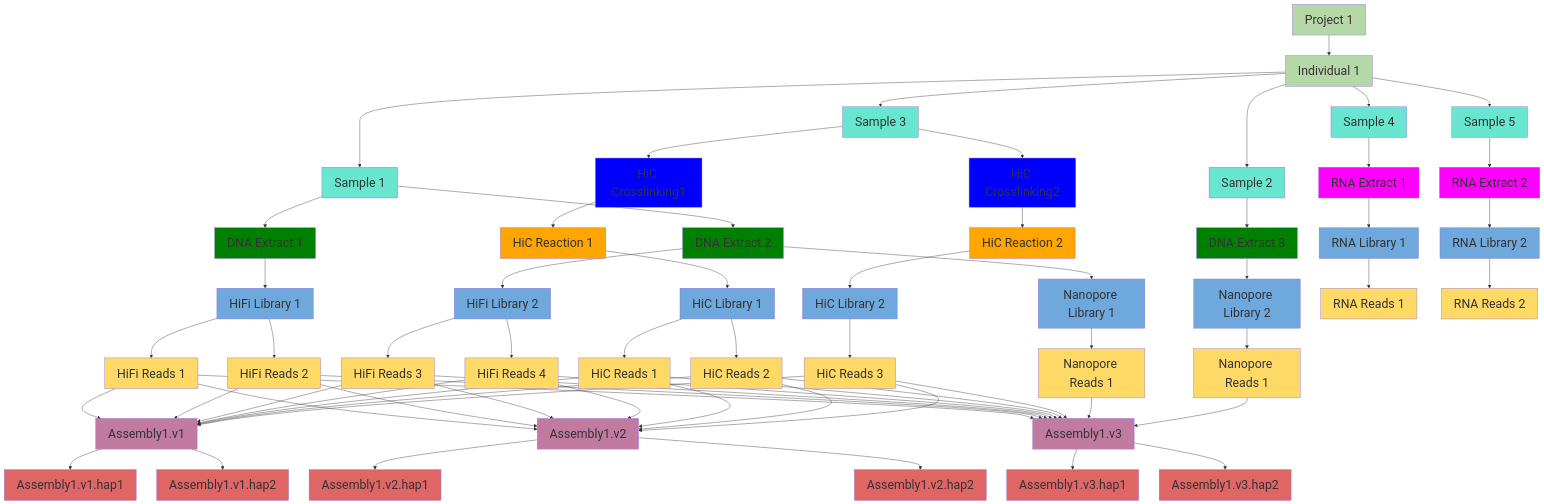
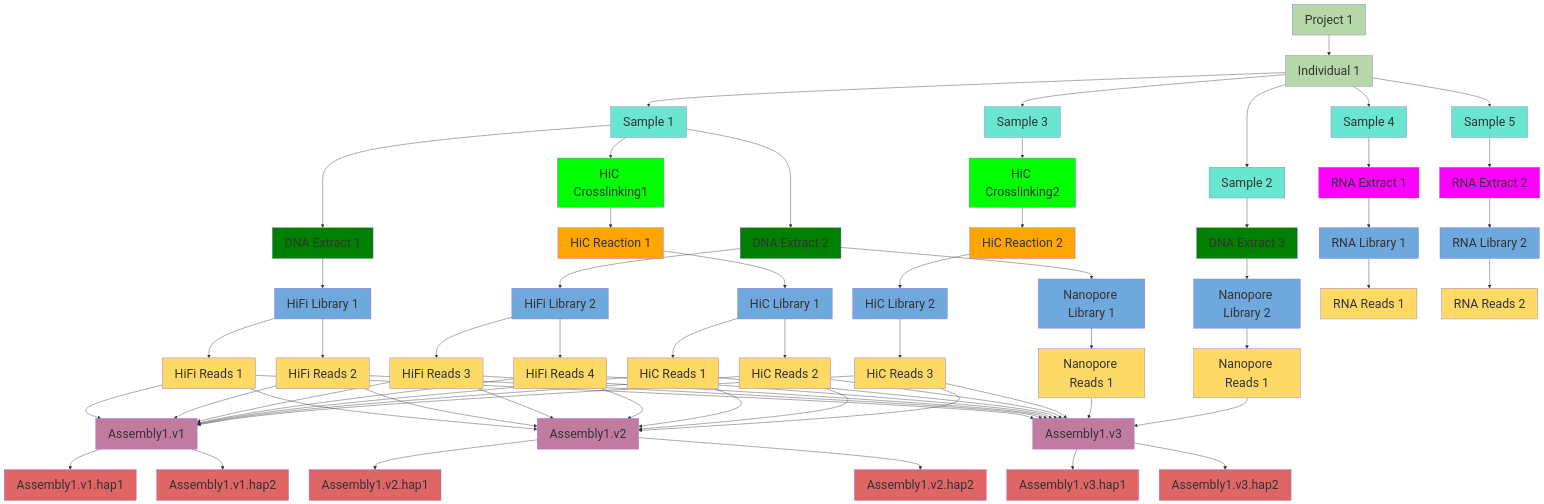
The first of 2 diagrams in ID/IDscheme.md (mahajrod/YggdrasilProtocols), drawn with Mermaid before and after one commit.

```diff
--- a/ID/IDscheme.md
+++ b/ID/IDscheme.md
@@ -12,7 +12,7 @@
     Sample1 --> DNAExtract1[DNA Extract 1]:::DNAExtract
     Sample1 --> DNAExtract2[DNA Extract 2]:::DNAExtract
     Sample2 --> DNAExtract3[DNA Extract 3]:::DNAExtract
-    Sample3 --> HiCCrosslinking1["HiC Crosslinking1"]:::HiCCrosslinking 
+    Sample1 --> HiCCrosslinking1["HiC Crosslinking1"]:::HiCCrosslinking 
     Sample3 --> HiCCrosslinking2["HiC Crosslinking2"]:::HiCCrosslinking
     
     Sample4 --> RNAExtract1["RNA Extract 1"]:::RNAExtract
@@ -89,7 +89,7 @@
     classDef Individual fill:#b6d7a8,font-color:black,font-size:30
     classDef Sample fill:#68E6CF,font-color:black,font-size:30
     classDef DNAExtract fill:green,font-color:black,font-size:30
-    classDef HiCCrosslinking fill:blue,font-color:black,font-size:30
+    classDef HiCCrosslinking fill:lime,font-color:black,font-size:30
     classDef HiCReaction fill:orange,font-color:black,font-size:30
     classDef RNAExtract fill:magenta,font-color:black,font-size:30
     classDef Library fill:#6fa8dc,font-color:black,font-size:30
```
